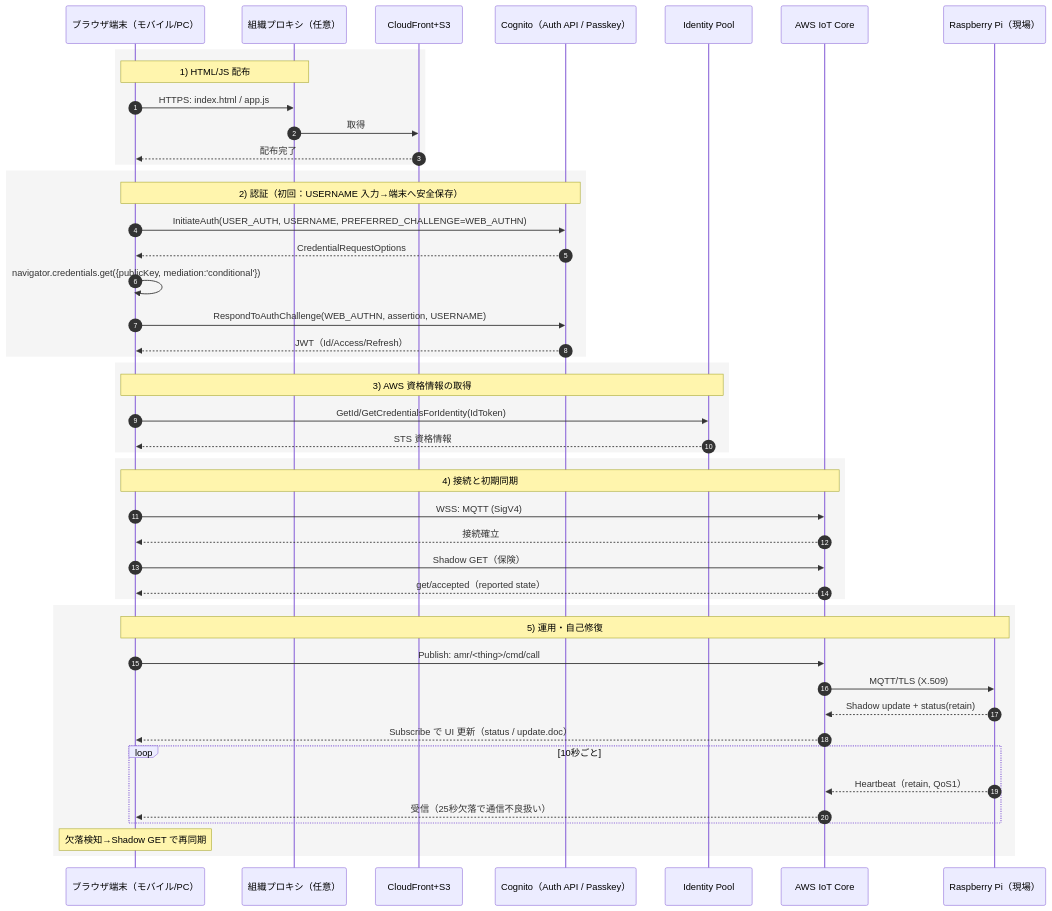
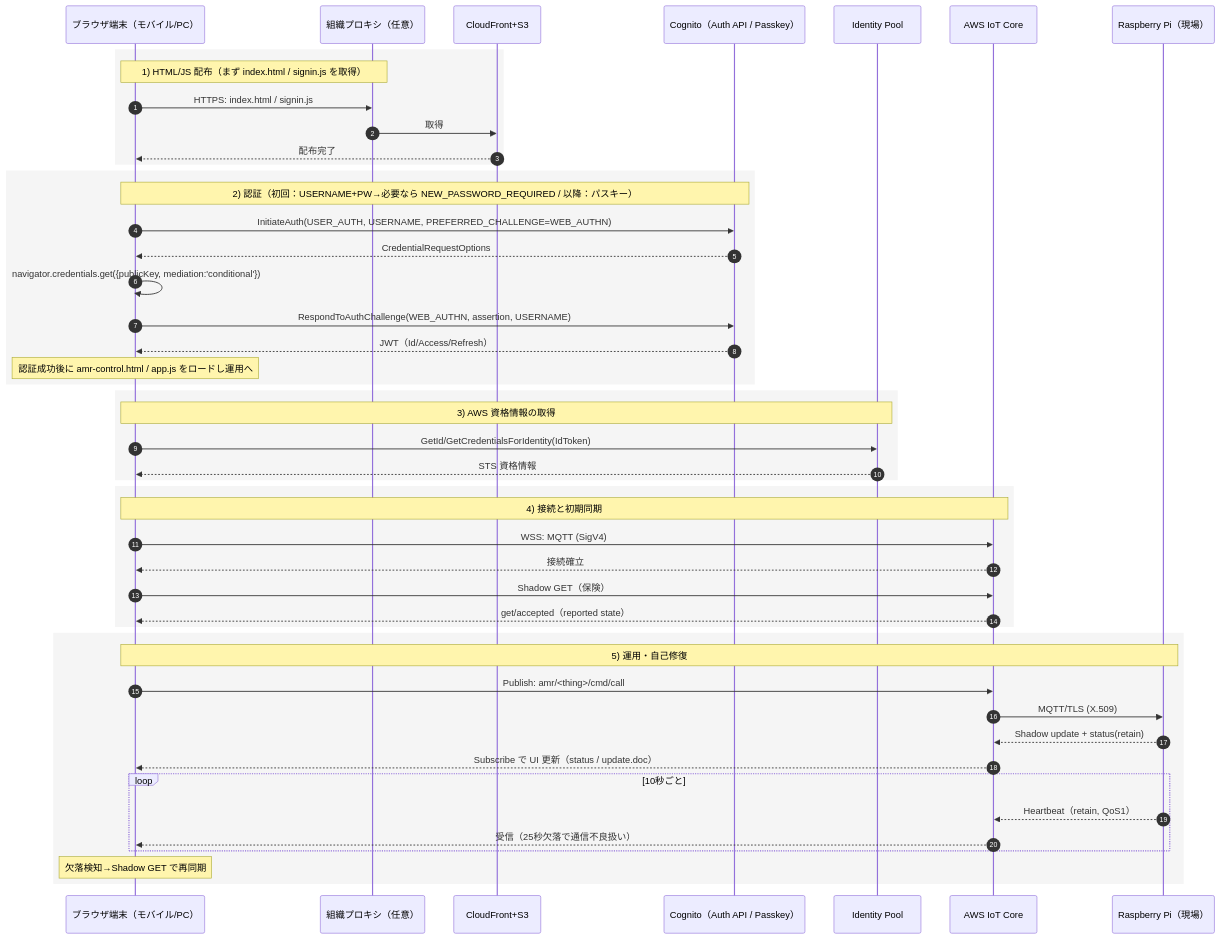
One commit to satorunnlg/iot-gateway-net changed the second of 5 diagrams in README.md. Above: the diagram before and after it, drawn with Mermaid. The commit also changed other lines of this file, not shown here.

````diff
--- a/README.md
+++ b/README.md
@@ -96,54 +96,55 @@
 ```mermaid
 sequenceDiagram
   autonumber
   participant M as ブラウザ端末（モバイル/PC）
   participant P as 組織プロキシ（任意）
   participant CF as CloudFront+S3
   participant Cg as Cognito（Auth API / Passkey）
   participant IdP as Identity Pool
   participant IoT as AWS IoT Core
   participant R as Raspberry Pi（現場）
 
   rect rgb(245,245,245)
-    Note over M,P: 1) HTML/JS 配布
-    M->>P: HTTPS: index.html / app.js
+    Note over M,P: 1) HTML/JS 配布（まず index.html / signin.js を取得）
+    M->>P: HTTPS: index.html / signin.js
     P->>CF: 取得
     CF-->>M: 配布完了
   end
 
   rect rgb(245,245,245)
-    Note over M,Cg: 2) 認証（初回：USERNAME 入力→端末へ安全保存）
+    Note over M,Cg: 2) 認証（初回：USERNAME+PW→必要なら NEW_PASSWORD_REQUIRED / 以降：パスキー）
     M->>Cg: InitiateAuth(USER_AUTH, USERNAME, PREFERRED_CHALLENGE=WEB_AUTHN)
     Cg-->>M: CredentialRequestOptions
     M->>M: navigator.credentials.get({publicKey, mediation:'conditional'})
     M->>Cg: RespondToAuthChallenge(WEB_AUTHN, assertion, USERNAME)
     Cg-->>M: JWT（Id/Access/Refresh）
+    Note over M: 認証成功後に amr-control.html / app.js をロードし運用へ
   end
 
   rect rgb(245,245,245)
     Note over M,IdP: 3) AWS 資格情報の取得
     M->>IdP: GetId/GetCredentialsForIdentity(IdToken)
     IdP-->>M: STS 資格情報
   end
 
   rect rgb(245,245,245)
     Note over M,IoT: 4) 接続と初期同期
     M->>IoT: WSS: MQTT (SigV4)
     IoT-->>M: 接続確立
     M->>IoT: Shadow GET（保険）
     IoT-->>M: get/accepted（reported state）
   end
 
   rect rgb(245,245,245)
     Note over M,R: 5) 運用・自己修復
     M->>IoT: Publish: amr/<thing>/cmd/call
     IoT->>R: MQTT/TLS (X.509)
     R-->>IoT: Shadow update + status(retain)
     IoT-->>M: Subscribe で UI 更新（status / update.doc）
     loop 10秒ごと
       R-->>IoT: Heartbeat（retain, QoS1）
       IoT-->>M: 受信（25秒欠落で通信不良扱い）
     end
     Note over M: 欠落検知→Shadow GET で再同期
   end
 ```
````
